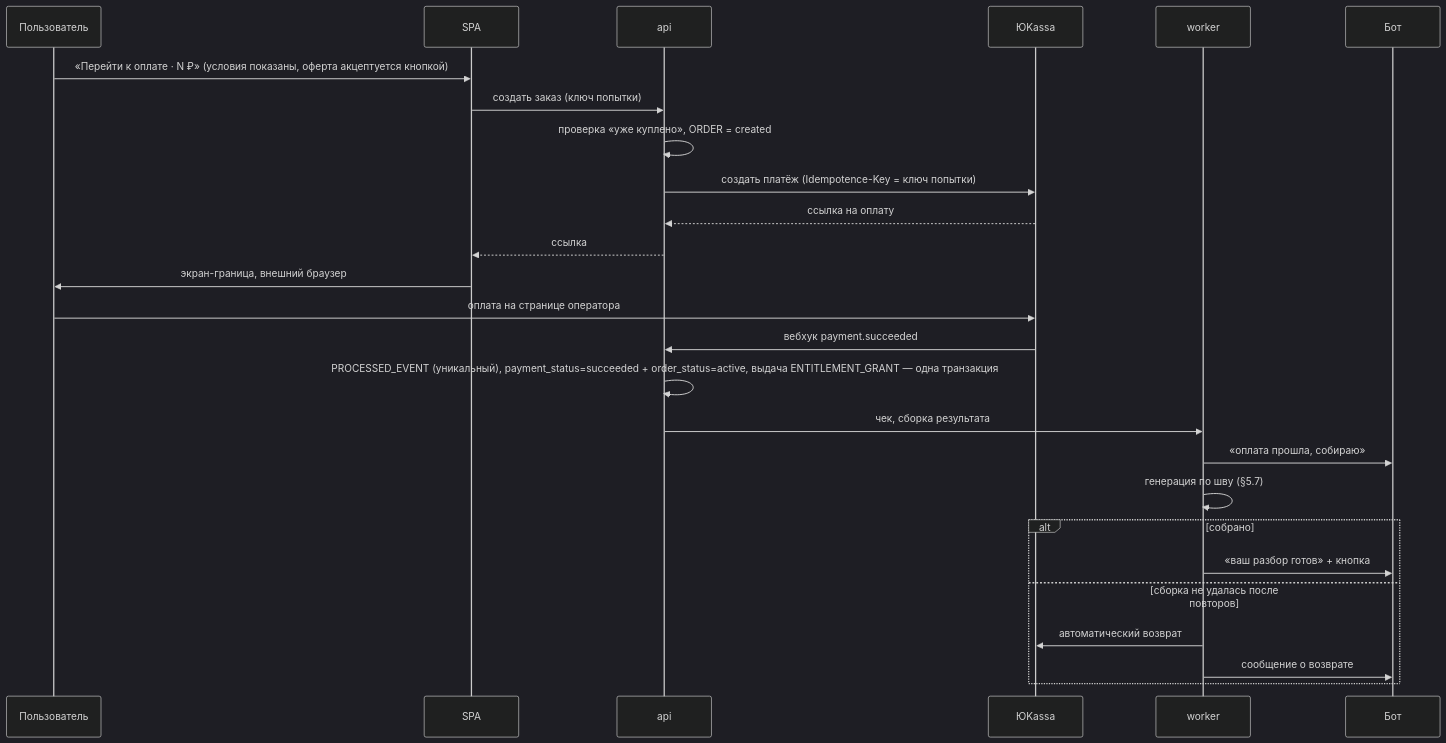
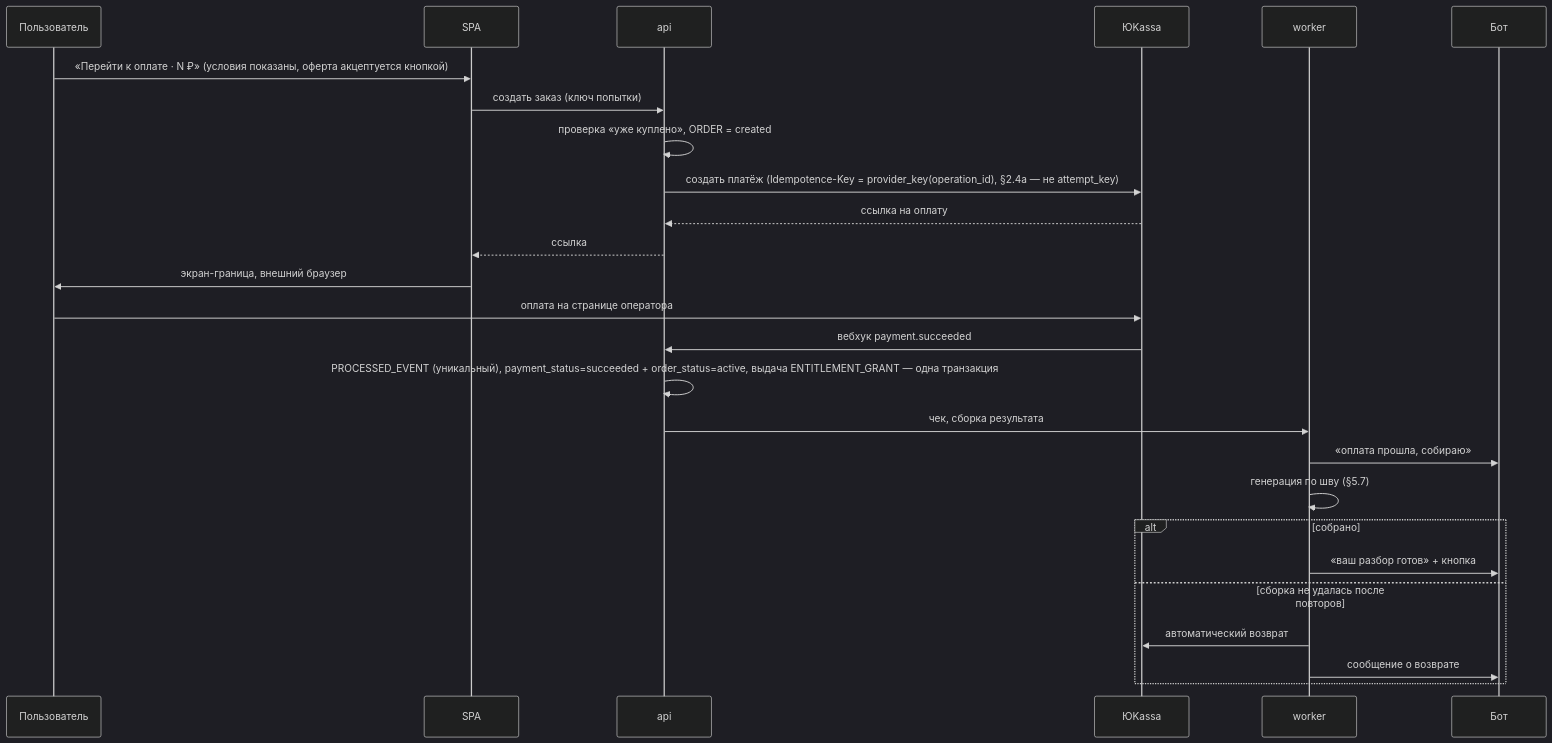
Diagram 15 of 19 in docs/grillmax/ARCHITECTURE.md (tyshenkoanton-eng/lunora), drawn with Mermaid (dark theme) before and after one commit. The commit also changed 7 other files, not shown here.

````diff
--- a/docs/grillmax/ARCHITECTURE.md
+++ b/docs/grillmax/ARCHITECTURE.md
@@ -1181,28 +1181,28 @@
 ```mermaid
 sequenceDiagram
     participant U as Пользователь
     participant S as SPA
     participant A as api
     participant Y as ЮKassa
     participant W as worker
     participant B as Бот
     U->>S: «Перейти к оплате · N ₽» (условия показаны, оферта акцептуется кнопкой)
     S->>A: создать заказ (ключ попытки)
     A->>A: проверка «уже куплено», ORDER = created
-    A->>Y: создать платёж (Idempotence-Key = ключ попытки)
+    A->>Y: создать платёж (Idempotence-Key = provider_key(operation_id), §2.4a — не attempt_key)
     Y-->>A: ссылка на оплату
     A-->>S: ссылка
     S->>U: экран-граница, внешний браузер
     U->>Y: оплата на странице оператора
     Y->>A: вебхук payment.succeeded
     A->>A: PROCESSED_EVENT (уникальный), payment_status=succeeded + order_status=active, выдача ENTITLEMENT_GRANT — одна транзакция
     A->>W: чек, сборка результата
     W->>B: «оплата прошла, собираю»
     W->>W: генерация по шву (§5.7)
     alt собрано
         W->>B: «ваш разбор готов» + кнопка
     else сборка не удалась после повторов
         W->>Y: автоматический возврат
         W->>B: сообщение о возврате
     end
 ```
````
